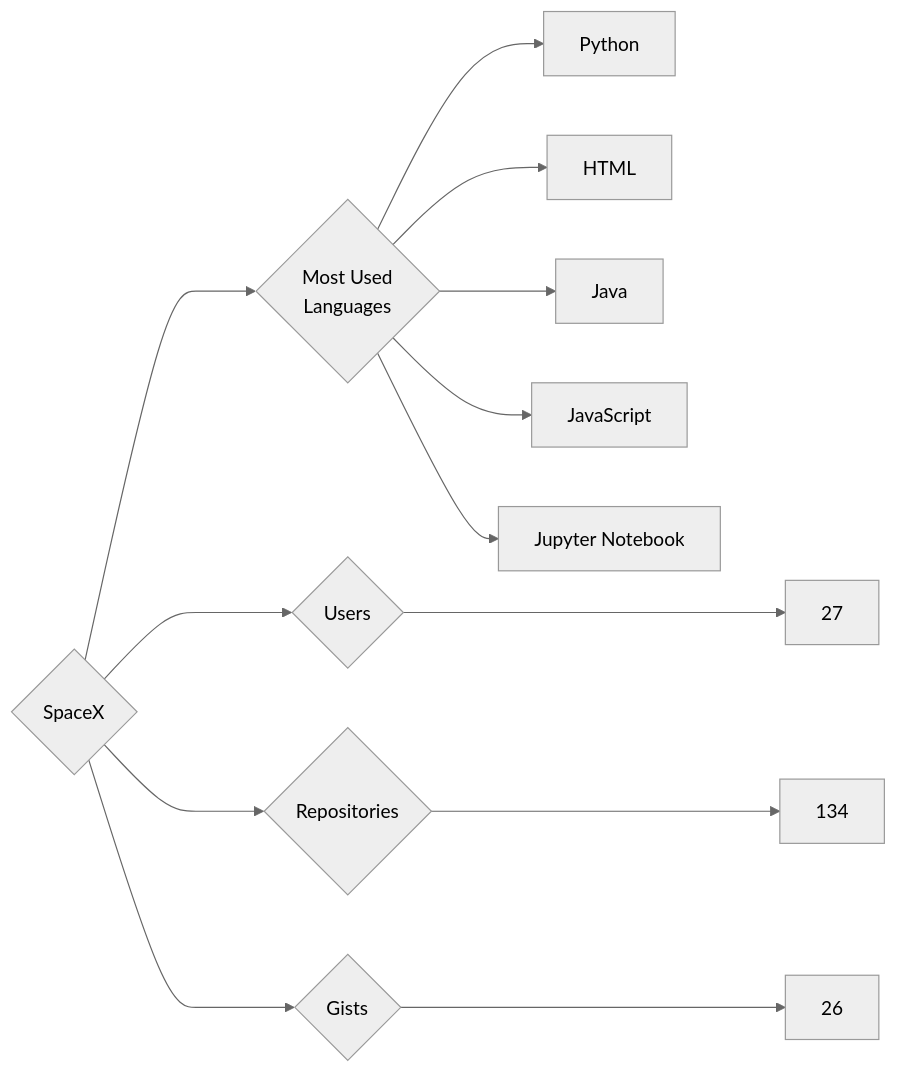
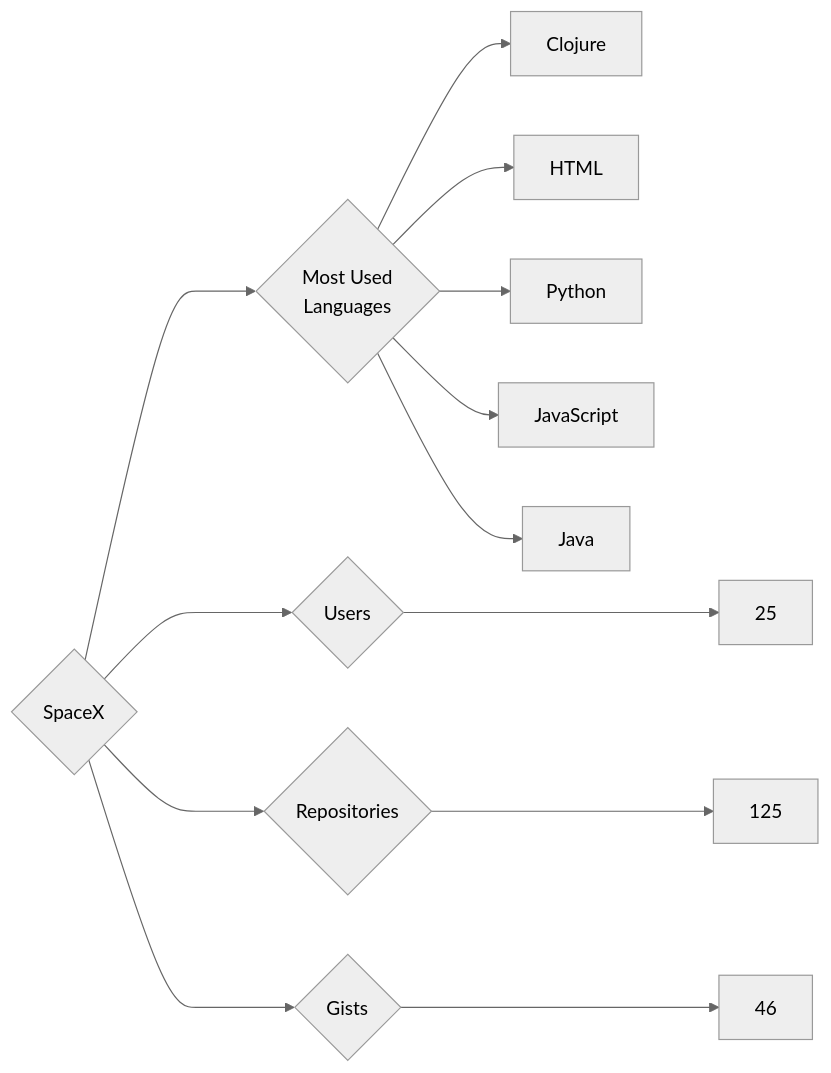
The diagram in targets/SpaceX/README.md (trickest/insiders), drawn with Mermaid (neutral theme) before and after one commit. The commit also changed 953 other files, not shown here.

````diff
--- a/targets/SpaceX/README.md
+++ b/targets/SpaceX/README.md
@@ -3,13 +3,13 @@
 ```mermaid
 graph LR
 COMPANY_NAME{SpaceX}
-COMPANY_NAME ---> U{Users} ---> UN[27]
-COMPANY_NAME ---> R{Repositories} ---> RN[134]
-COMPANY_NAME ---> G{Gists} ---> GN[26]
+COMPANY_NAME ---> U{Users} ---> UN[25]
+COMPANY_NAME ---> R{Repositories} ---> RN[125]
+COMPANY_NAME ---> G{Gists} ---> GN[46]
 COMPANY_NAME ---> ML{Most Used<br>Languages}
+ML --> Clojure[Clojure]
+ML --> HTML[HTML]
 ML --> Python[Python]
-ML --> HTML[HTML]
+ML --> JavaScript[JavaScript]
 ML --> Java[Java]
-ML --> JavaScript[JavaScript]
-ML --> Jupyter_Notebook[Jupyter Notebook]
 ```
````
